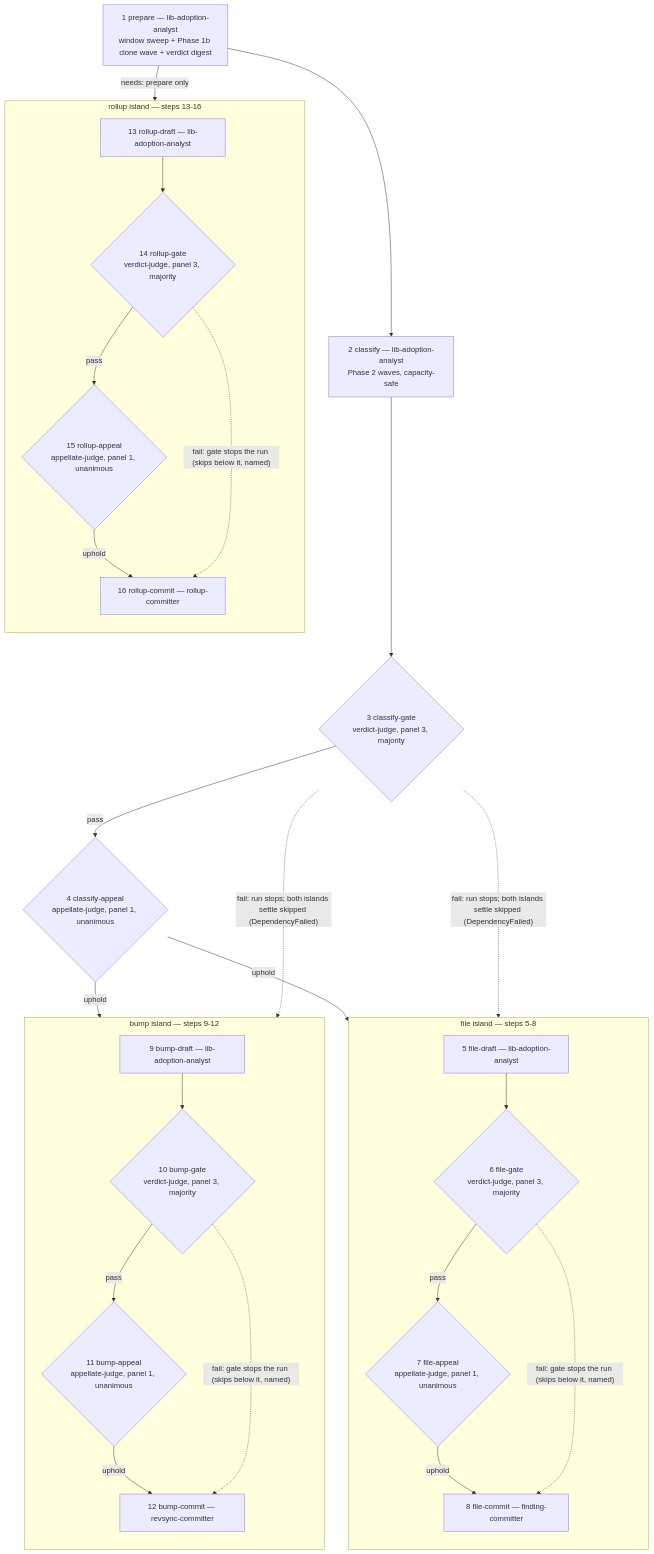
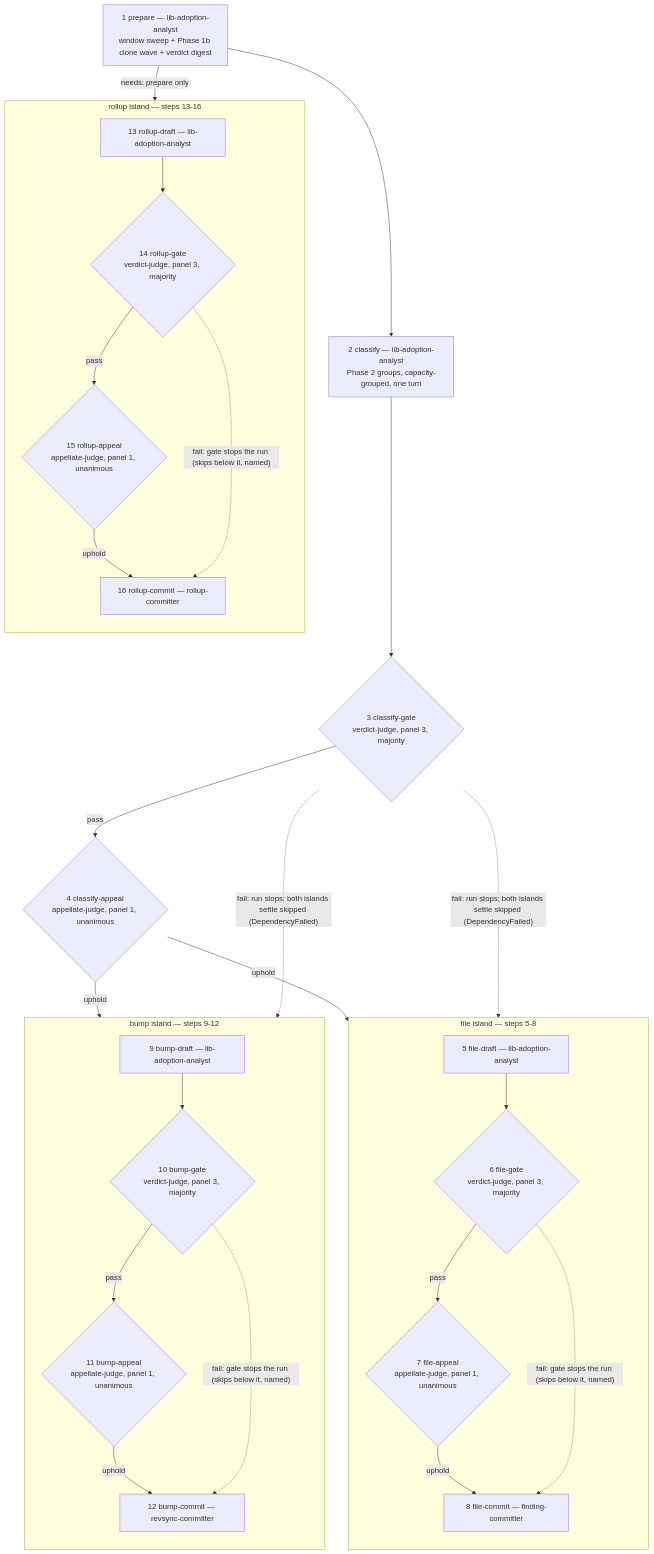
The tenth of 12 diagrams in docs/workflow-diagrams.md (ahmedhosnypro/craft-libs-adoption), drawn with Mermaid before and after one commit. The commit also changed other lines of this file and 6 other files, not shown here.

First line of the commit message:
fix(scan): capacity-grouped dispatch — smaller batches, one-turn calls, no wave barrier

````diff
--- a/docs/workflow-diagrams.md
+++ b/docs/workflow-diagrams.md
@@ -277,36 +279,36 @@
 ```mermaid
 flowchart TD
-    P["1 prepare — lib-adoption-analyst<br/>window sweep + Phase 1b clone wave + verdict digest"] --> C["2 classify — lib-adoption-analyst<br/>Phase 2 waves, capacity-safe"]
+    P["1 prepare — lib-adoption-analyst<br/>window sweep + Phase 1b clone wave + verdict digest"] --> C["2 classify — lib-adoption-analyst<br/>Phase 2 groups, capacity-grouped, one turn"]
     C --> CG{"3 classify-gate<br/>verdict-judge, panel 3, majority"}
     CG -->|pass| CA{"4 classify-appeal<br/>appellate-judge, panel 1, unanimous"}
 
     subgraph file["file island — steps 5-8"]
         direction TB
         FD["5 file-draft — lib-adoption-analyst"] --> FG{"6 file-gate<br/>verdict-judge, panel 3, majority"}
         FG -->|pass| FA{"7 file-appeal<br/>appellate-judge, panel 1, unanimous"}
         FA -->|uphold| FC["8 file-commit — finding-committer"]
         FG -.->|"fail: gate stops the run (skips below it, named)"| FC
     end
 
     subgraph bump["bump island — steps 9-12"]
         direction TB
         BD["9 bump-draft — lib-adoption-analyst"] --> BG{"10 bump-gate<br/>verdict-judge, panel 3, majority"}
         BG -->|pass| BA{"11 bump-appeal<br/>appellate-judge, panel 1, unanimous"}
         BA -->|uphold| BC["12 bump-commit — revsync-committer"]
         BG -.->|"fail: gate stops the run (skips below it, named)"| BC
     end
 
     subgraph rollup["rollup island — steps 13-16"]
         direction TB
         RD["13 rollup-draft — lib-adoption-analyst"] --> RG{"14 rollup-gate<br/>verdict-judge, panel 3, majority"}
         RG -->|pass| RA{"15 rollup-appeal<br/>appellate-judge, panel 1, unanimous"}
         RA -->|uphold| RC["16 rollup-commit — rollup-committer"]
         RG -.->|"fail: gate stops the run (skips below it, named)"| RC
     end
 
     P -->|"needs: prepare only"| RD
     CA -->|uphold| FD
     CA -->|uphold| BD
     CG -.->|"fail: run stops; both islands settle skipped (DependencyFailed)"| FD
     CG -.->|"fail: run stops; both islands settle skipped (DependencyFailed)"| BD
 ```
````
